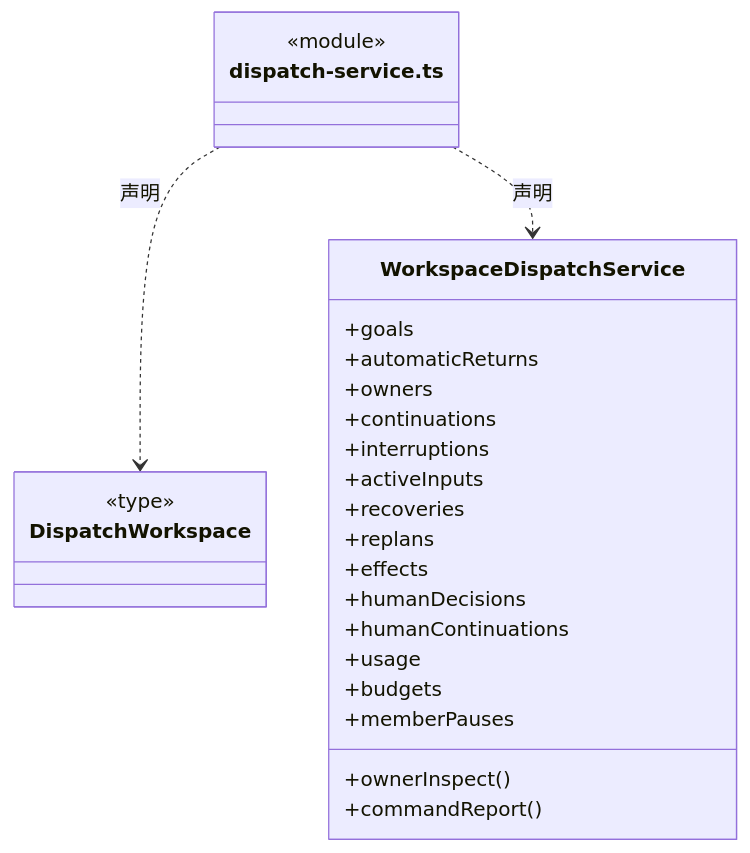
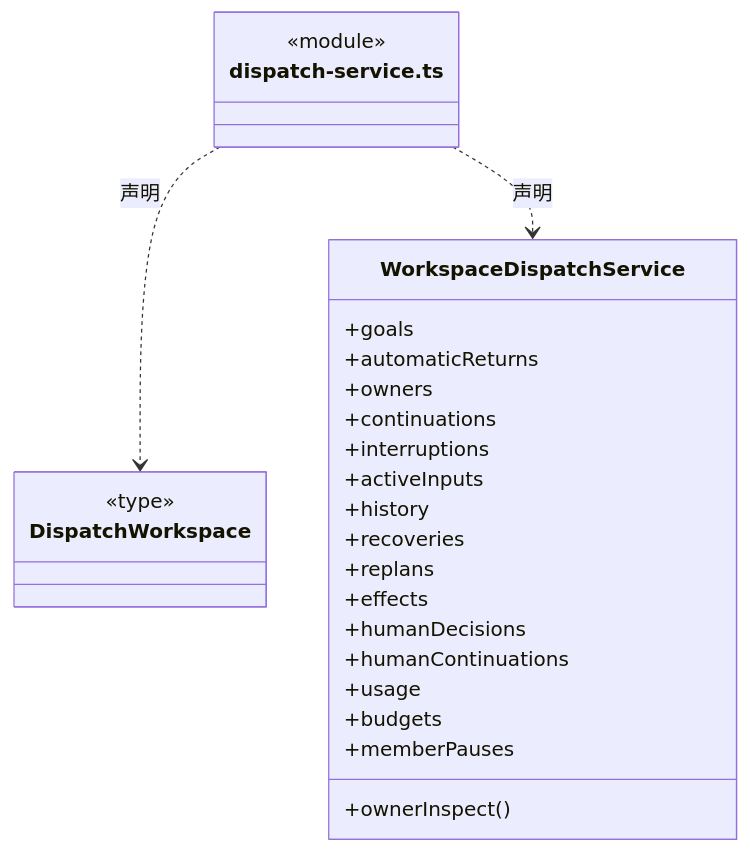
The sixth of 15 diagrams in src/logic/dispatch/runtime/ARCHITECTURE.md (nan023062/cbim), drawn with Mermaid before and after one commit. The commit also changed other lines of this file and 24 other files, not shown here.

````diff
--- a/src/logic/dispatch/runtime/ARCHITECTURE.md
+++ b/src/logic/dispatch/runtime/ARCHITECTURE.md
@@ -201,30 +201,30 @@
 ```mermaid
 classDiagram
 class N_src_logic_dispatch_runtime_dispatch_service_ts["dispatch-service.ts"] {
   <<module>>
 }
 class N_src_logic_dispatch_runtime_dispatch_service_ts_DispatchWorkspace["DispatchWorkspace"] {
   <<type>>
 
 }
 N_src_logic_dispatch_runtime_dispatch_service_ts ..> N_src_logic_dispatch_runtime_dispatch_service_ts_DispatchWorkspace : 声明
 class N_src_logic_dispatch_runtime_dispatch_service_ts_WorkspaceDispatchService["WorkspaceDispatchService"] {
   +goals
   +automaticReturns
   +owners
   +continuations
   +interruptions
   +activeInputs
+  +history
   +recoveries
   +replans
   +effects
   +humanDecisions
   +humanContinuations
   +usage
   +budgets
   +memberPauses
   +ownerInspect()
-  +commandReport()
 }
 N_src_logic_dispatch_runtime_dispatch_service_ts ..> N_src_logic_dispatch_runtime_dispatch_service_ts_WorkspaceDispatchService : 声明
 ```
````
